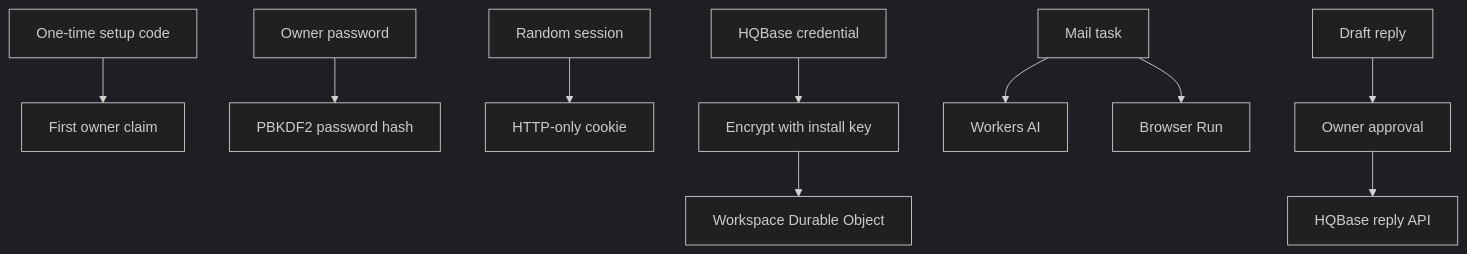
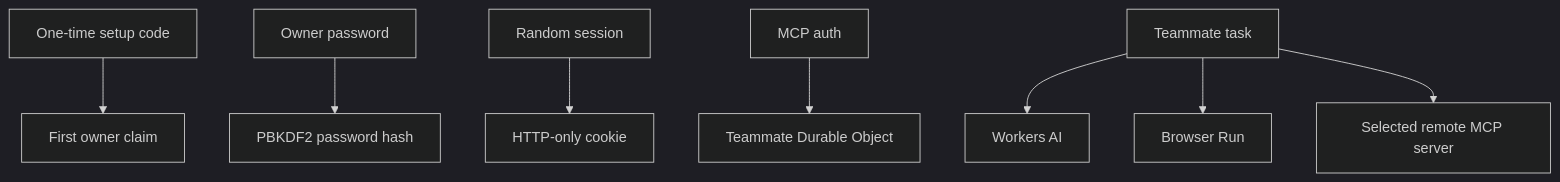
Before and after one commit to HQBase/hqbot: the diagram in docs/privacy.md, drawn with Mermaid (dark theme). The commit also changed other lines of this file and 10 other files, not shown here.

````diff
--- a/docs/privacy.md
+++ b/docs/privacy.md
@@ -3,12 +3,10 @@
 ```mermaid
 flowchart TD
   Setup[One-time setup code] --> Claim[First owner claim]
   Owner[Owner password] --> Hash[PBKDF2 password hash]
   Session[Random session] --> Cookie[HTTP-only cookie]
-  Credential[HQBase credential] --> Encrypt[Encrypt with install key]
-  Encrypt --> Workspace[Workspace Durable Object]
-  Mail[Mail task] --> AI[Workers AI]
-  Mail --> Browser[Browser Run]
-  Draft[Draft reply] --> Approval[Owner approval]
-  Approval --> HQBase[HQBase reply API]
+  Credential[MCP auth] --> Teammate[Teammate Durable Object]
+  Task[Teammate task] --> AI[Workers AI]
+  Task --> Browser[Browser Run]
+  Task --> MCP[Selected remote MCP server]
 ```
````
